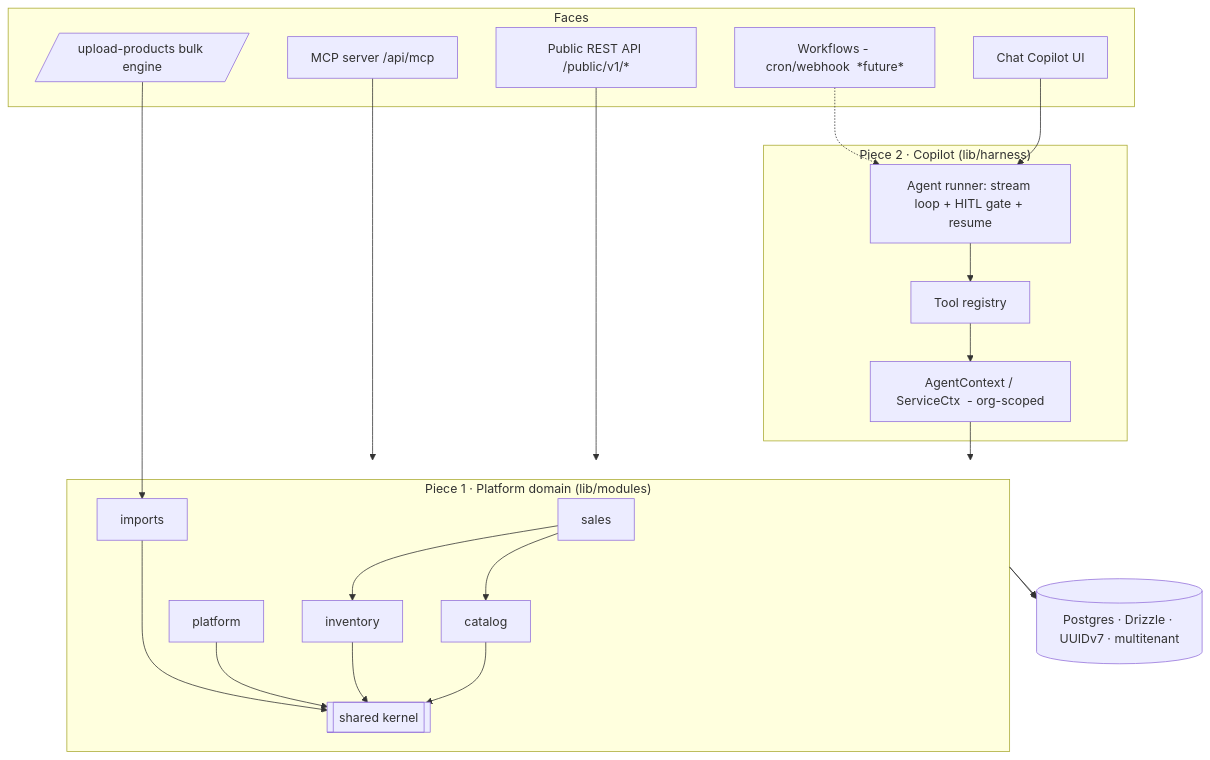
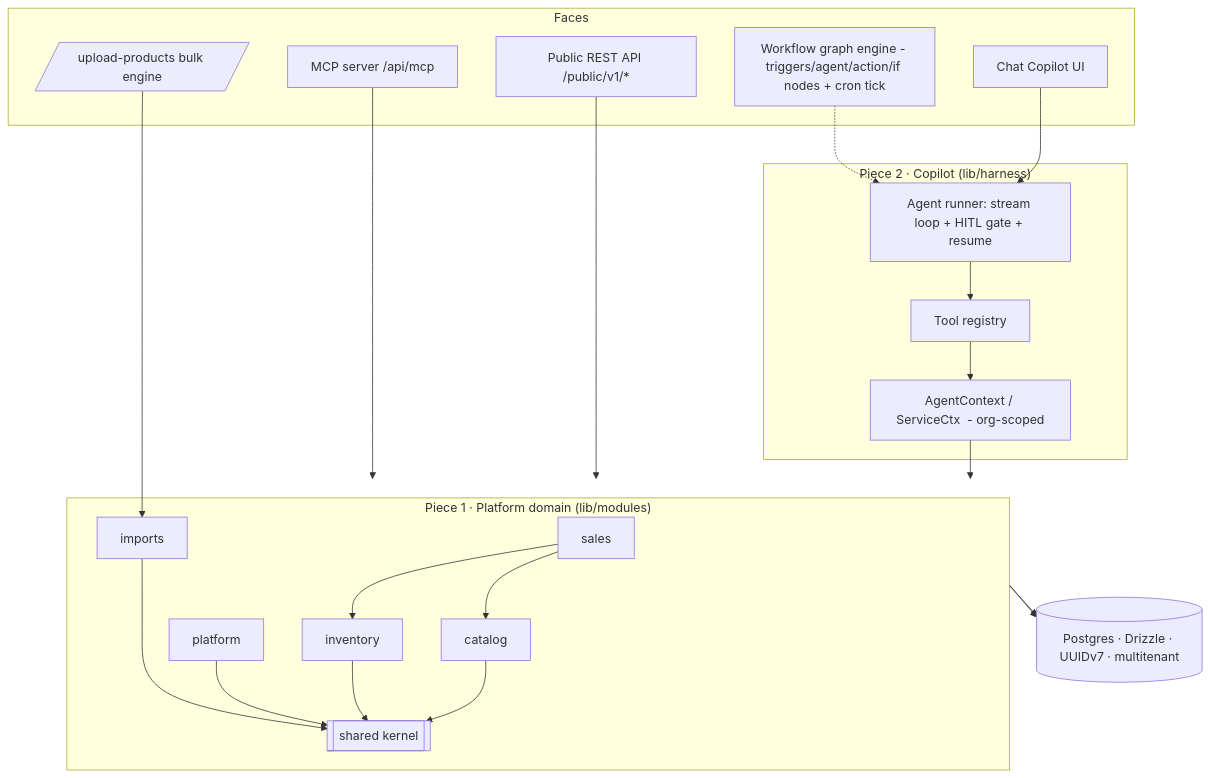
Before and after one commit to syntaqx/distru: the first of 2 diagrams in SPEC.md, drawn with Mermaid. The commit also changed other lines of this file and 85 other files, not shown here.

````diff
--- a/SPEC.md
+++ b/SPEC.md
@@ -27,31 +27,31 @@
 ```mermaid
 flowchart TD
     subgraph Faces
       Chat[Chat Copilot UI]
       REST[Public REST API /public/v1/*]
       MCP[MCP server /api/mcp]
       Bulk[/upload-products bulk engine/]
-      WF[Workflows - cron/webhook  *future*]
+      WF[Workflow graph engine - triggers/agent/action/if nodes + cron tick]
     end
     subgraph Harness["Piece 2 · Copilot (lib/harness)"]
       Runner[Agent runner: stream loop + HITL gate + resume]
       Registry[Tool registry]
       Ctx[AgentContext / ServiceCtx  - org-scoped]
     end
     subgraph Modules["Piece 1 · Platform domain (lib/modules)"]
       S[sales] --> I[inventory]
       S --> C[catalog]
       C --> K[[shared kernel]]
       I --> K
       PL[platform] --> K
       IM[imports] --> K
     end
     DB[(Postgres · Drizzle · UUIDv7 · multitenant)]
 
     Chat --> Runner --> Registry --> Ctx --> Modules --> DB
     REST --> Modules
     MCP --> Modules
     Bulk --> IM
     WF -.-> Runner
     Modules --> DB
 ```
````
